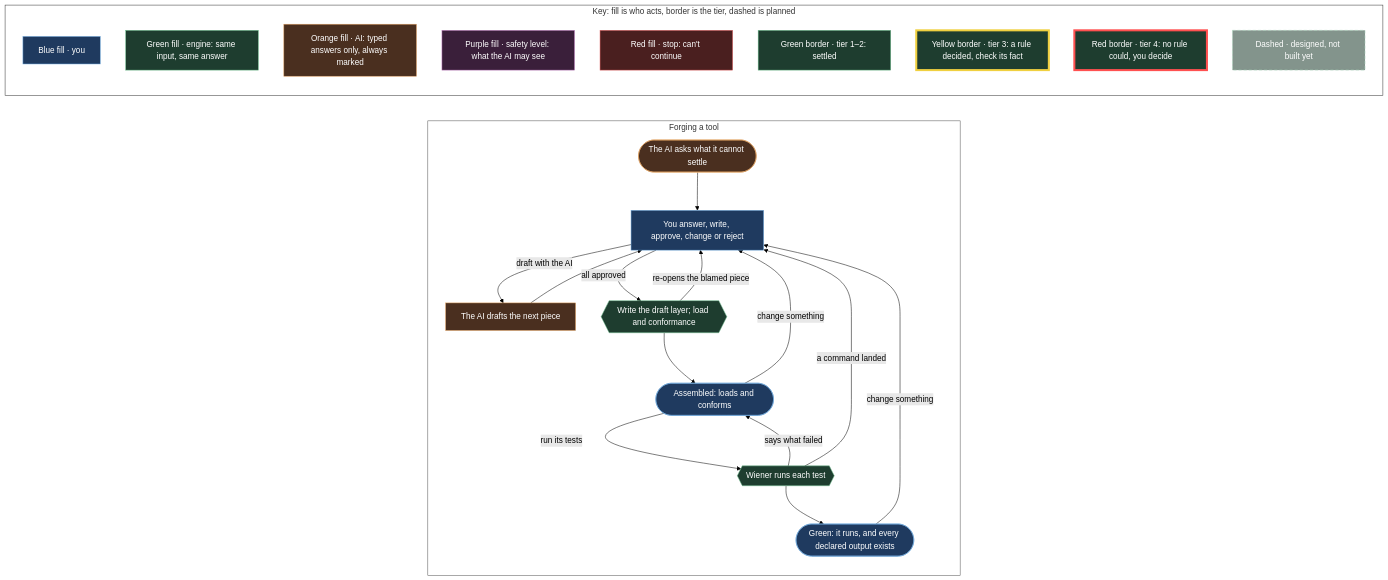
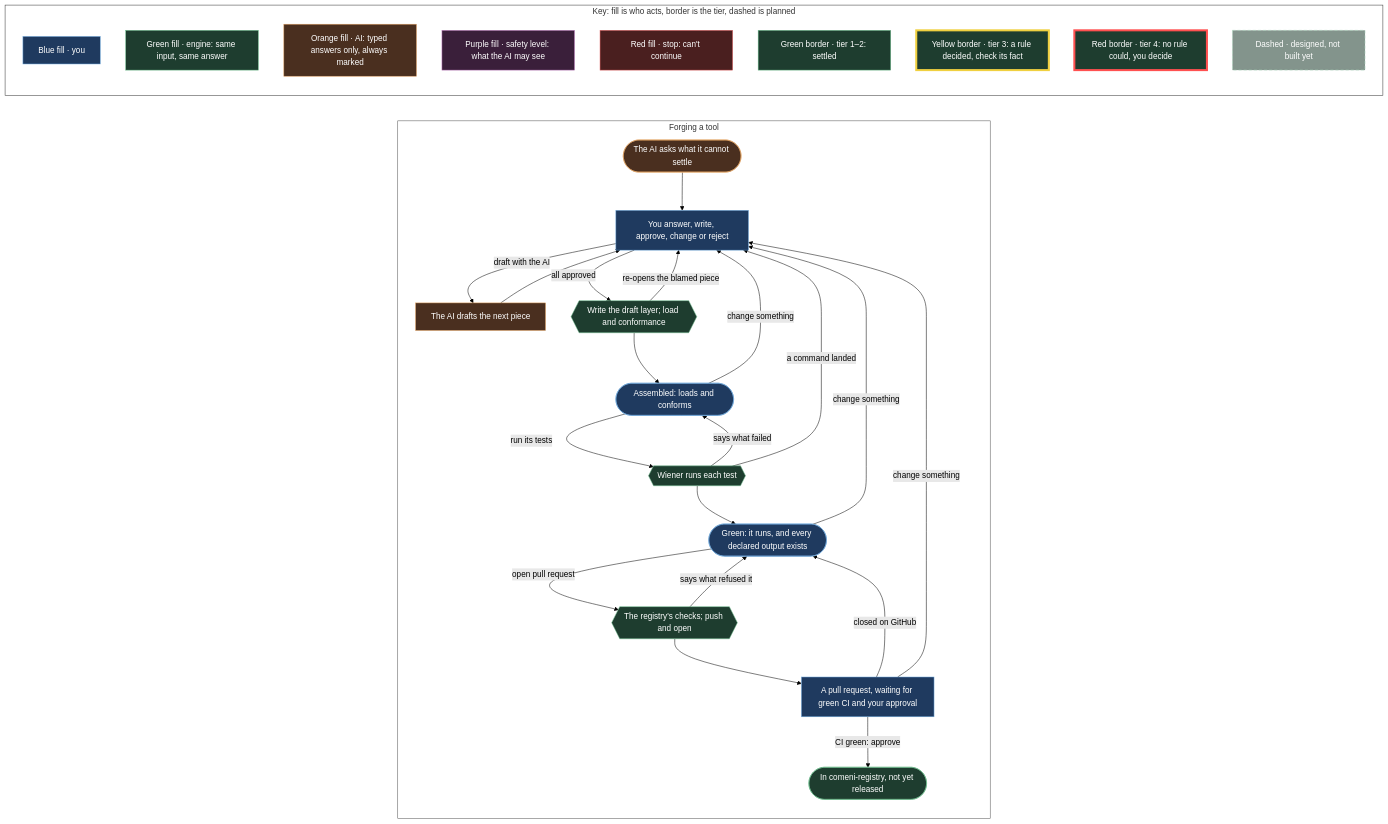
One commit to comeni-project/Comeni-Labs changed the diagram in docs/explanation/diagrams/forging-protocol.md. Above: the diagram before and after it, drawn with Mermaid (forest theme). The commit also changed 36 other files, not shown here.

First line of the commit message:
feat(forge): open and approve pull requests on the registry (#366)

````diff
--- a/docs/explanation/diagrams/forging-protocol.md
+++ b/docs/explanation/diagrams/forging-protocol.md
@@ -7,48 +7,57 @@
 ```mermaid
 flowchart LR
     classDef you fill:#1f3a5f,stroke:#6fa8dc,color:#fff
     classDef engine fill:#1e3d2f,stroke:#6fbf8f,color:#fff
     classDef ai fill:#4a2f1f,stroke:#e0a060,color:#fff
     classDef safety fill:#3a1f3a,stroke:#c080c0,color:#fff
     classDef stop fill:#4a1f1f,stroke:#e06060,color:#fff
     subgraph forge ["Forging a tool"]
         direction TB
         ask(["The AI asks what it cannot settle"]):::ai
         review["You answer, write, approve, change or reject"]:::you
         draft["The AI drafts the next piece"]:::ai
         assemble{{"Write the draft layer; load and conformance"}}:::engine
         assembled(["Assembled: loads and conforms"]):::you
         testing{{"Wiener runs each test"}}:::engine
         tested(["Green: it runs, and every declared output exists"]):::you
+        publishing{{"The registry's checks; push and open"}}:::engine
+        in_review["A pull request, waiting for green CI and your approval"]:::you
+        merged(["In comeni-registry, not yet released"]):::engine
     end
     style forge fill:transparent,stroke:#555
     ask --> review
     review -- "draft with the AI" --> draft
     draft --> review
     review -- "all approved" --> assemble
     assemble --> assembled
     assemble -- "re-opens the blamed piece" --> review
     assembled -- "change something" --> review
     assembled -- "run its tests" --> testing
     testing --> tested
     testing -- "says what failed" --> assembled
     testing -- "a command landed" --> review
     tested -- "change something" --> review
+    tested -- "open pull request" --> publishing
+    publishing --> in_review
+    publishing -- "says what refused it" --> tested
+    in_review -- "CI green: approve" --> merged
+    in_review -- "closed on GitHub" --> tested
+    in_review -- "change something" --> review
     subgraph KEY ["Key: fill is who acts, border is the tier, dashed is planned"]
         direction TB
         key_you["Blue fill · you"]:::you
         key_engine["Green fill · engine: same input, same answer"]:::engine
         key_ai["Orange fill · AI: typed answers only, always marked"]:::ai
         key_safety["Purple fill · safety level: what the AI may see"]:::safety
         key_stop["Red fill · stop: can't continue"]:::stop
         key_tier12["Green border · tier 1–2: settled"]:::engine
         key_tier3["Yellow border · tier 3: a rule decided, check its fact"]:::engine
         key_tier4["Red border · tier 4: no rule could, you decide"]:::engine
         key_planned["Dashed · designed, not built yet"]:::engine
     end
     style key_tier12 stroke:#6fbf8f
     style key_tier3 stroke:#f0d040,stroke-width:4px
     style key_tier4 stroke:#ff5050,stroke-width:4px
     style key_planned stroke-dasharray:6 4,opacity:0.55
     style KEY fill:transparent,stroke:#333
 ```
````
